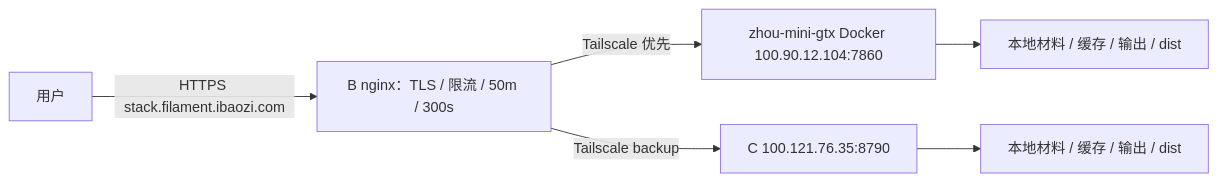
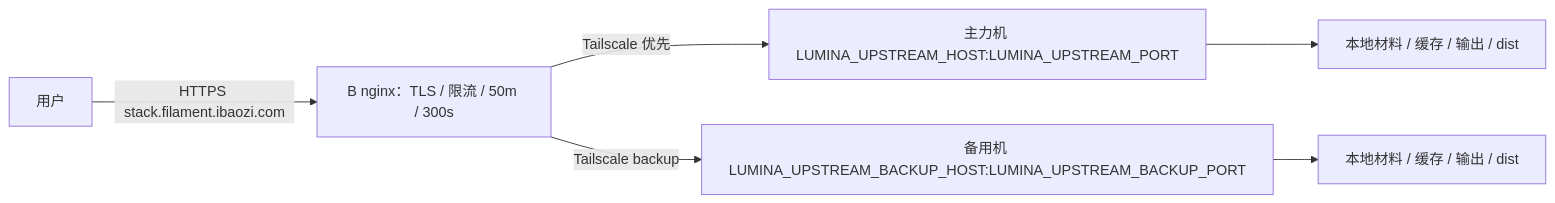
The diagram in deploy/lumina/README.md (a523959108-rgb/filament-picker), drawn with Mermaid before and after one commit. The commit also changed other lines of this file and 21 other files, not shown here.

````diff
--- a/deploy/lumina/README.md
+++ b/deploy/lumina/README.md
@@ -5,8 +5,8 @@
 ```mermaid
 flowchart LR
     U[用户] -->|HTTPS stack.filament.ibaozi.com| B[B nginx：TLS / 限流 / 50m / 300s]
-    B -->|Tailscale 优先| P[zhou-mini-gtx Docker 100.90.12.104:7860]
-    B -->|Tailscale backup| C[C 100.121.76.35:8790]
+    B -->|Tailscale 优先| P["主力机 LUMINA_UPSTREAM_HOST:LUMINA_UPSTREAM_PORT"]
+    B -->|Tailscale backup| C["备用机 LUMINA_UPSTREAM_BACKUP_HOST:LUMINA_UPSTREAM_BACKUP_PORT"]
     P --> PD[本地材料 / 缓存 / 输出 / dist]
     C --> CD[本地材料 / 缓存 / 输出 / dist]
 ```
````
